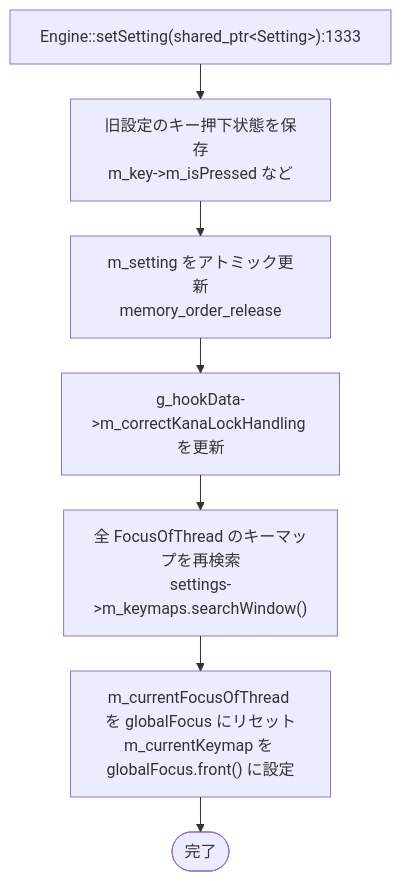
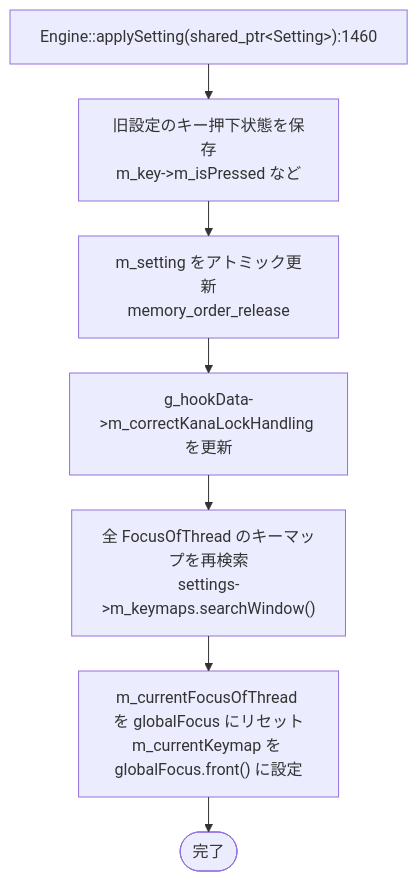
One commit to vmi/nyamy changed the fourth of 5 diagrams in doc/event-flow.md. Above: the diagram before and after it, drawn with Mermaid. The commit also changed other lines of this file and 3 other files, not shown here.

First line of the commit message:
Setting の適用を engine スレッドの入力キュー経由に変更

````diff
--- a/doc/event-flow.md
+++ b/doc/event-flow.md
@@ -237,16 +248,16 @@
 ```mermaid
 ---
 config:
   layout: elk
 ---
 flowchart TD
-    A["Engine::setSetting(shared_ptr&lt;Setting&gt;):1333"]
+    A["Engine::applySetting(shared_ptr&lt;Setting&gt;):1460"]
     B["旧設定のキー押下状態を保存<br>m_key->m_isPressed など"]
     C["m_setting をアトミック更新<br>memory_order_release"]
     D["g_hookData->m_correctKanaLockHandling を更新"]
     E["全 FocusOfThread のキーマップを再検索<br>settings->m_keymaps.searchWindow()"]
     F["m_currentFocusOfThread を globalFocus にリセット<br>m_currentKeymap を globalFocus.front() に設定"]
     G([完了])
 
     A --> B --> C --> D --> E --> F --> G
 ```
````
